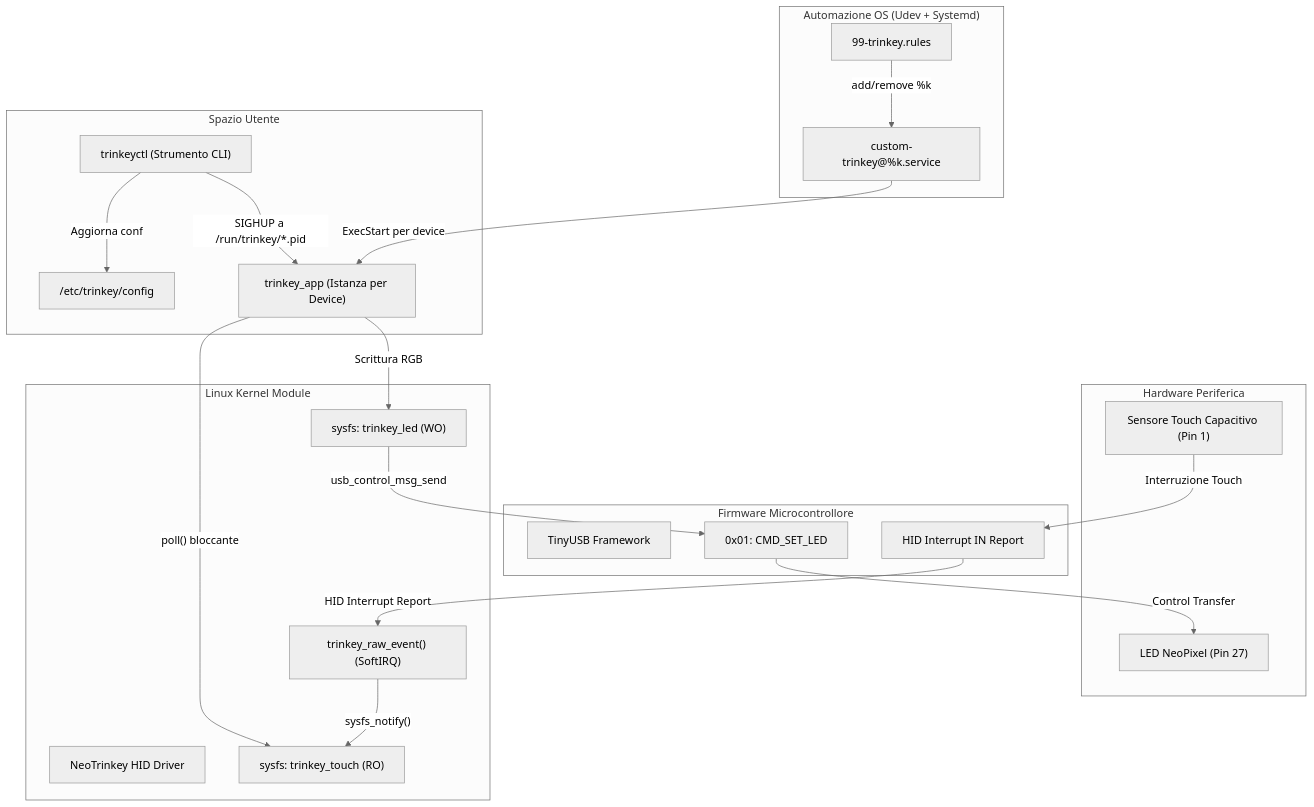
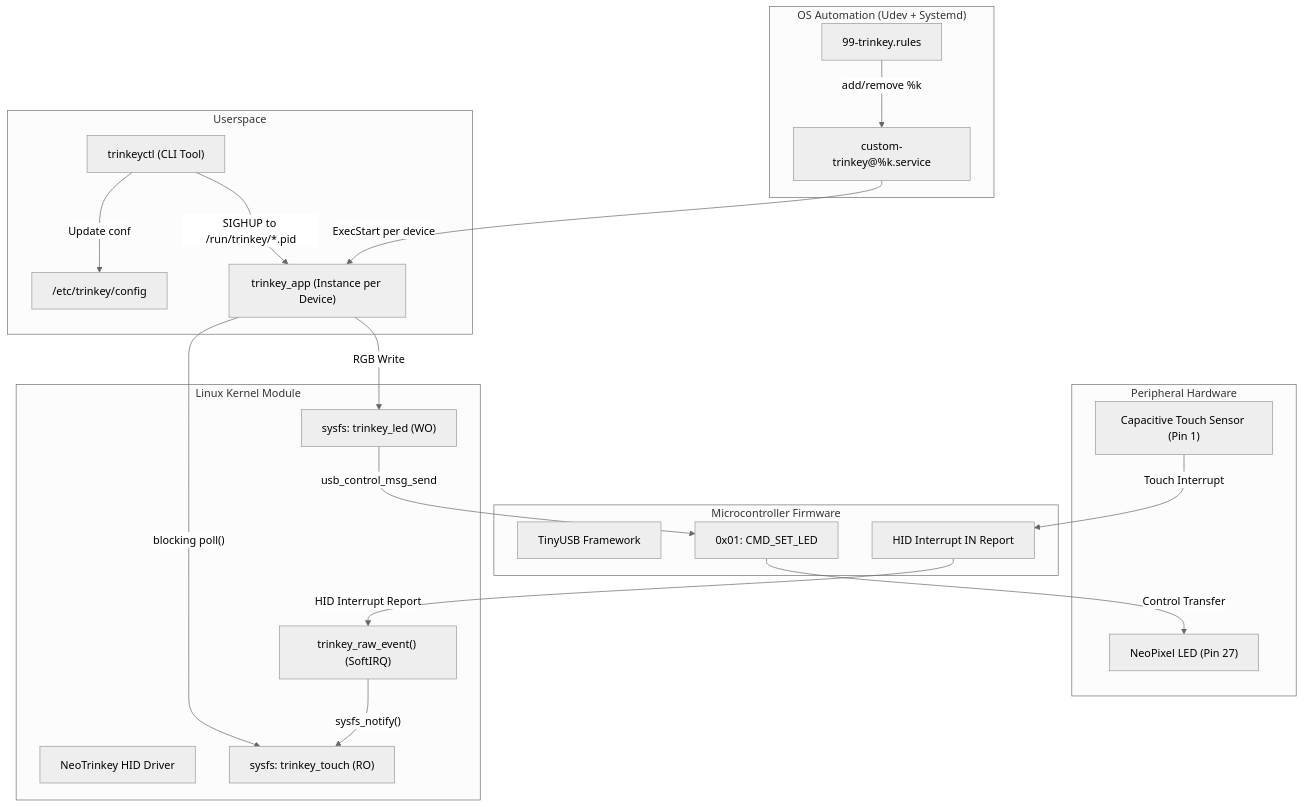
One commit to P4LW/NeoTrinkey_custom_driver changed the diagram in README.md. Above: the diagram before and after it, drawn with Mermaid (neutral theme). The commit also changed other lines of this file, not shown here.

````diff
--- a/README.md
+++ b/README.md
@@ -23,46 +23,46 @@
 ```mermaid
 flowchart TD
-    subgraph Hardware ["Hardware Periferica"]
-        HW_LED["LED NeoPixel (Pin 27)"]
-        HW_TOUCH["Sensore Touch Capacitivo (Pin 1)"]
+    subgraph Hardware ["Peripheral Hardware"]
+        HW_LED["NeoPixel LED (Pin 27)"]
+        HW_TOUCH["Capacitive Touch Sensor (Pin 1)"]
     end
 
-    subgraph Firmware ["Firmware Microcontrollore"]
+    subgraph Firmware ["Microcontroller Firmware"]
         TINYUSB["TinyUSB Framework"]
         CMD_LED["0x01: CMD_SET_LED"]
         HID_INT["HID Interrupt IN Report"]
     end
 
     subgraph Kernel ["Linux Kernel Module"]
         HID_DRV["NeoTrinkey HID Driver"]
         RAW_EVT["trinkey_raw_event() (SoftIRQ)"]
         SYSFS_TOUCH["sysfs: trinkey_touch (RO)"]
         SYSFS_LED["sysfs: trinkey_led (WO)"]
     end
 
-    subgraph Systemd_Udev ["Automazione OS (Udev + Systemd)"]
+    subgraph Systemd_Udev ["OS Automation (Udev + Systemd)"]
         UDEV["99-trinkey.rules"]
         SERVICE["custom-trinkey@%k.service"]
     end
 
-    subgraph Userspace ["Spazio Utente"]
-        DAEMON["trinkey_app (Istanza per Device)"]
-        CLI["trinkeyctl (Strumento CLI)"]
+    subgraph Userspace ["Userspace"]
+        DAEMON["trinkey_app (Instance per Device)"]
+        CLI["trinkeyctl (CLI Tool)"]
         CONF["/etc/trinkey/config"]
     end
 
-    HW_TOUCH -->|"Interruzione Touch"| HID_INT
+    HW_TOUCH -->|"Touch Interrupt"| HID_INT
     HID_INT -->|"HID Interrupt Report"| RAW_EVT
     RAW_EVT -->|"sysfs_notify()"| SYSFS_TOUCH
     CMD_LED -->|"Control Transfer"| HW_LED
 
     UDEV -->|"add/remove %k"| SERVICE
     SERVICE -->|"ExecStart per device"| DAEMON
 
-    DAEMON -->|"poll() bloccante"| SYSFS_TOUCH
-    DAEMON -->|"Scrittura RGB"| SYSFS_LED
+    DAEMON -->|"blocking poll()"| SYSFS_TOUCH
+    DAEMON -->|"RGB Write"| SYSFS_LED
     SYSFS_LED -->|"usb_control_msg_send"| CMD_LED
 
-    CLI -->|"Aggiorna conf"| CONF
-    CLI -->|"SIGHUP a /run/trinkey/*.pid"| DAEMON
+    CLI -->|"Update conf"| CONF
+    CLI -->|"SIGHUP to /run/trinkey/*.pid"| DAEMON
 ```
````
